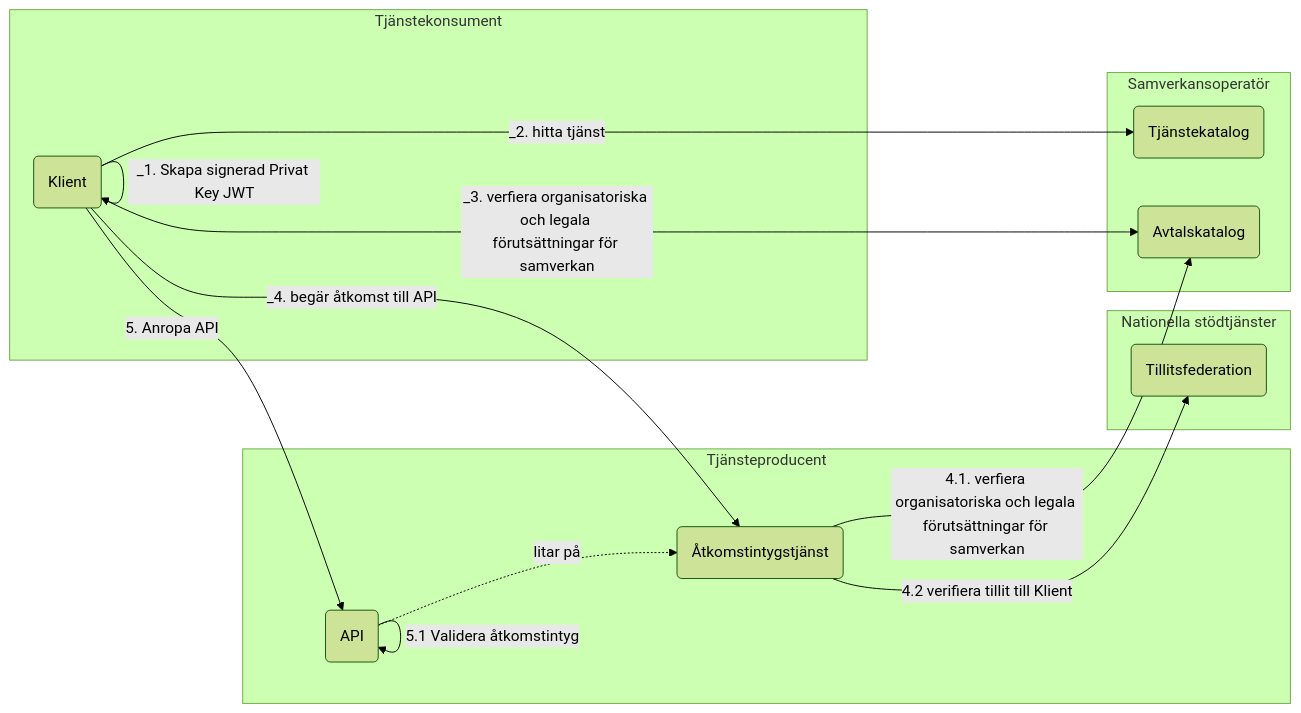
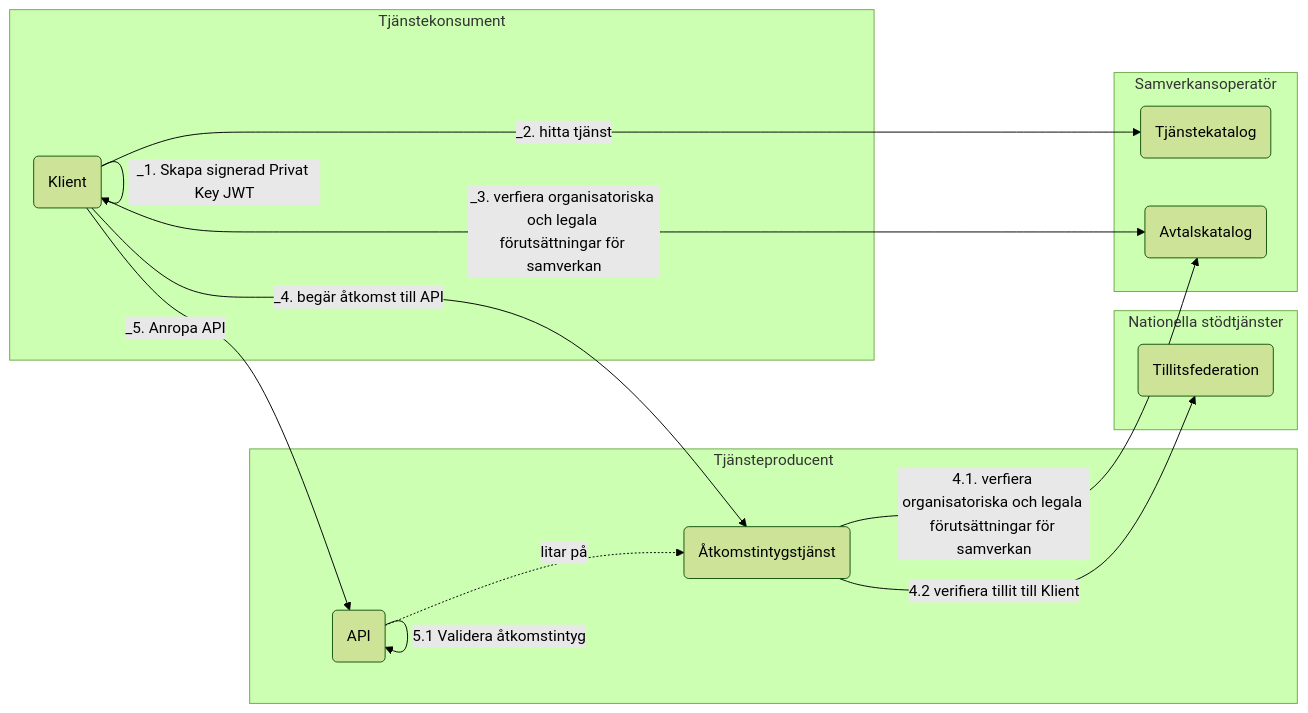
One commit to diggsweden/ena-authorization changed the second of 15 diagrams in architecture/drafts/IAM_TargetArchitecture_Sweden.md. Above: the diagram before and after it, drawn with Mermaid (forest theme).

````diff
--- a/architecture/drafts/IAM_TargetArchitecture_Sweden.md
+++ b/architecture/drafts/IAM_TargetArchitecture_Sweden.md
@@ -83,31 +83,31 @@
 ```mermaid
 graph LR
 
 subgraph po[Tjänsteproducent]
     p(API)
     as(Åtkomstintygstjänst)
 end
 
 subgraph ss[Nationella stödtjänster]
     t(Tillitsfederation)
 end
 
 subgraph so[Samverkansoperatör]
     tk(Tjänstekatalog)
     ak(Avtalskatalog)
 end
 
 subgraph co[Tjänstekonsument]
     c(Klient)
 end
 
 c--_1. Skapa signerad Privat Key JWT-->c
 c--_2. hitta tjänst-->tk
 c--_3. verfiera organisatoriska och legala <br>förutsättningar för samverkan-->ak
 c--_4. begär åtkomst till API-->as
 as--4.1. verfiera organisatoriska och legala <br>förutsättningar för samverkan-->ak
 as--4.2 verifiera tillit till Klient-->t
-c--5. Anropa API-->p
+c--_5. Anropa API-->p
 p-.litar på.->as
 p--5.1 Validera åtkomstintyg-->p
 ```
````
